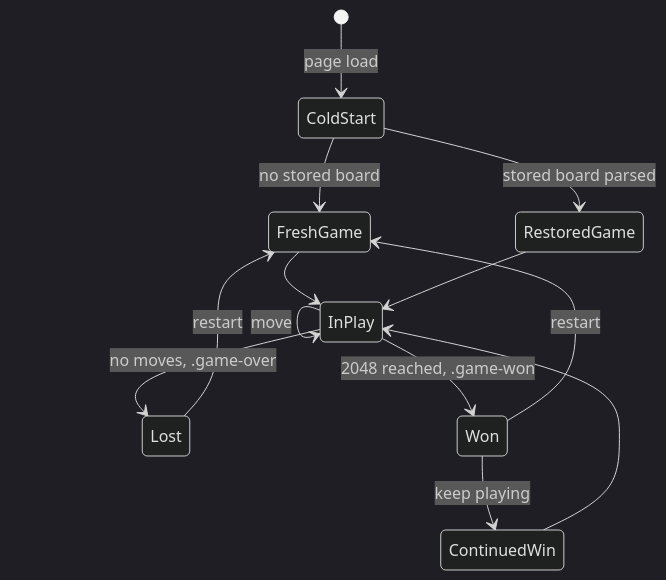
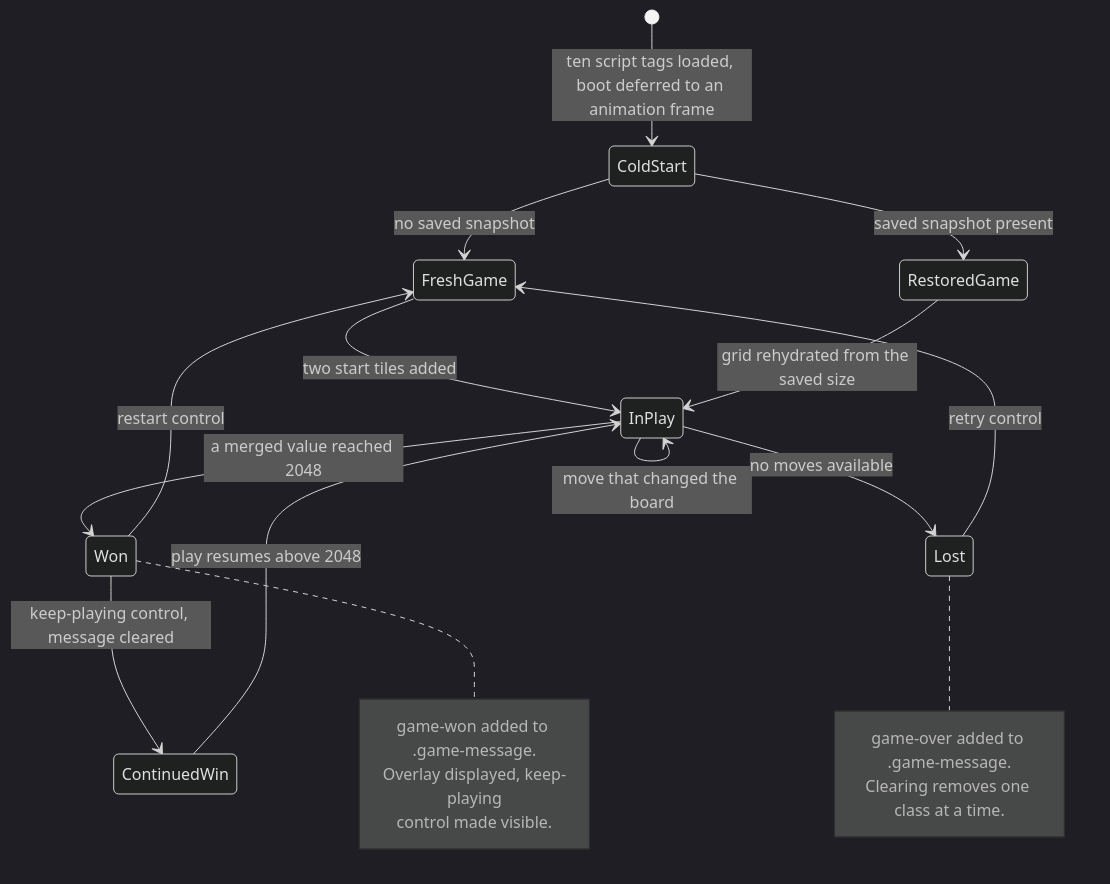
One commit to blitzy-public-samples/2048 changed the second of 3 diagrams in docs/architecture/hook-dispatch-sequence.md. Above: the diagram before and after it, drawn with Mermaid (dark theme). The commit also changed other lines of this file and 13 other files, not shown here.

````diff
--- a/docs/architecture/hook-dispatch-sequence.md
+++ b/docs/architecture/hook-dispatch-sequence.md
@@ -116,15 +194,24 @@
 ```mermaid
 stateDiagram-v2
-    [*] --> ColdStart : page load
-    ColdStart --> FreshGame : no stored board
-    ColdStart --> RestoredGame : stored board parsed
-    FreshGame --> InPlay
-    RestoredGame --> InPlay
-    InPlay --> InPlay : move
-    InPlay --> Won : 2048 reached, .game-won
-    InPlay --> Lost : no moves, .game-over
-    Won --> ContinuedWin : keep playing
-    ContinuedWin --> InPlay
-    Lost --> FreshGame : restart
-    Won --> FreshGame : restart
+  [*] --> ColdStart : ten script tags loaded, boot deferred to an animation frame
+  ColdStart --> FreshGame : no saved snapshot
+  ColdStart --> RestoredGame : saved snapshot present
+  FreshGame --> InPlay : two start tiles added
+  RestoredGame --> InPlay : grid rehydrated from the saved size
+  InPlay --> InPlay : move that changed the board
+  InPlay --> Won : a merged value reached 2048
+  Won --> ContinuedWin : keep-playing control, message cleared
+  ContinuedWin --> InPlay : play resumes above 2048
+  InPlay --> Lost : no moves available
+  Lost --> FreshGame : retry control
+  Won --> FreshGame : restart control
+  note right of Won
+    game-won added to .game-message.
+    Overlay displayed, keep-playing
+    control made visible.
+  end note
+  note right of Lost
+    game-over added to .game-message.
+    Clearing removes one class at a time.
+  end note
 ```
````
